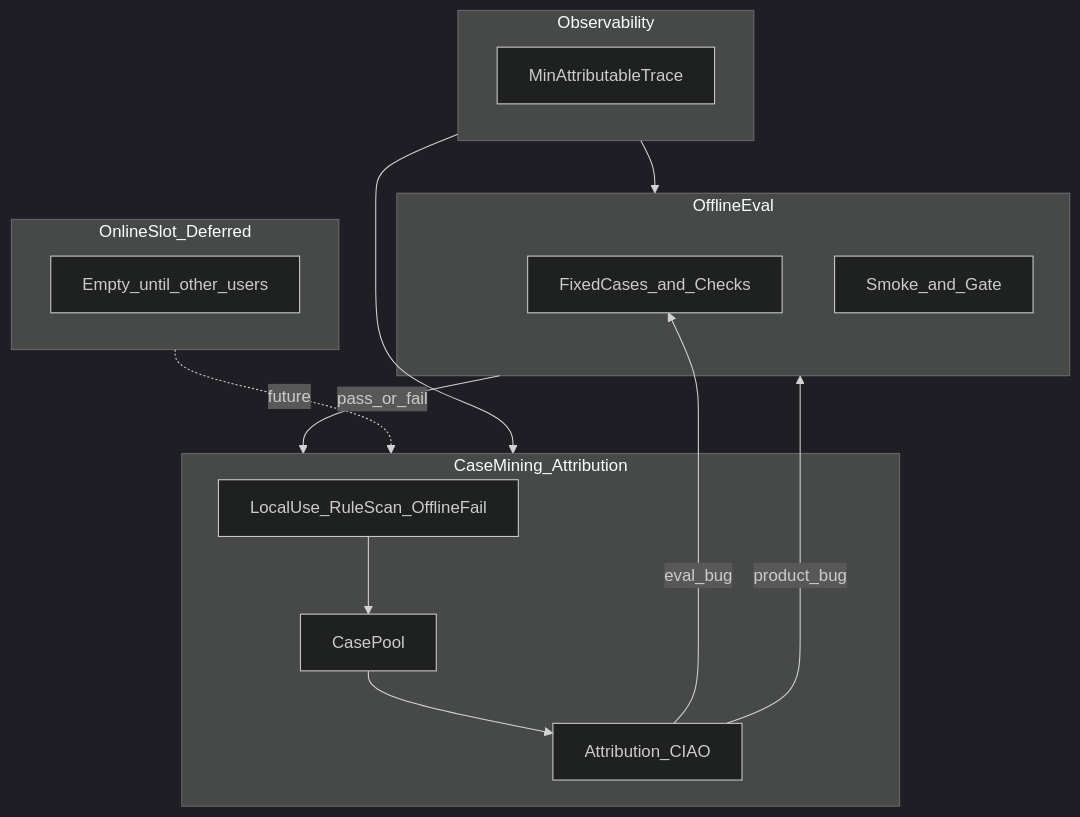
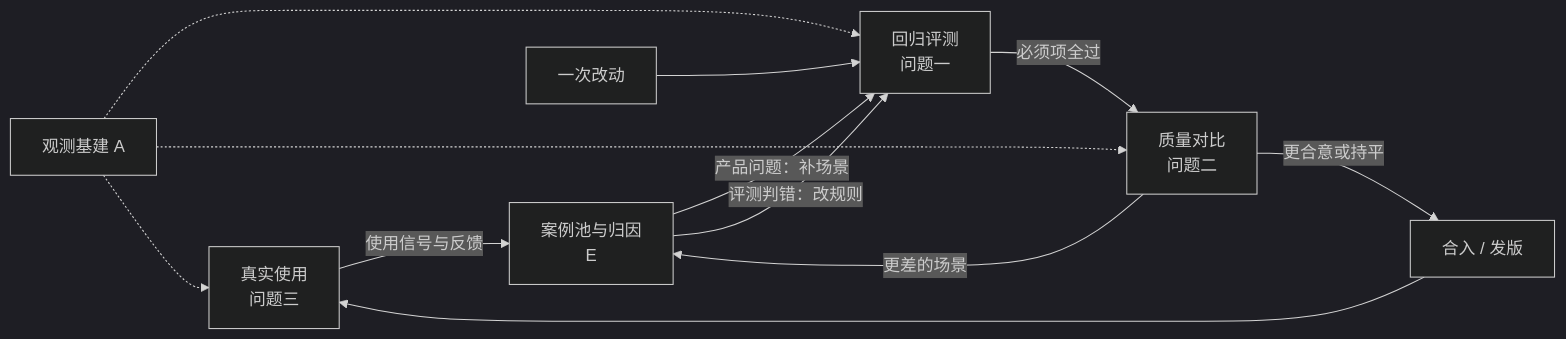
Before and after one commit to plankton12138/ClueLedger: the diagram in dev-notes/evaluation/design.md, drawn with Mermaid (dark theme). The commit also changed other lines of this file and 1 other file, not shown here.

````diff
--- a/dev-notes/evaluation/design.md
+++ b/dev-notes/evaluation/design.md
@@ -18,25 +21,14 @@
 ```mermaid
-flowchart TB
-  subgraph offline [OfflineEval]
-    suite[FixedCases_and_Checks]
-    gate[Smoke_and_Gate]
-  end
-  subgraph online [OnlineSlot_Deferred]
-    empty[Empty_until_other_users]
-  end
-  subgraph mining [CaseMining_Attribution]
-    sources[LocalUse_RuleScan_OfflineFail]
-    pool[CasePool]
-    attr[Attribution_CIAO]
-  end
-  subgraph obs [Observability]
-    trace[MinAttributableTrace]
-  end
-  offline -->|pass_or_fail| mining
-  online -.->|future| mining
-  sources --> pool --> attr
-  attr -->|product_bug| offline
-  attr -->|eval_bug| suite
-  obs --> offline
-  obs --> mining
+flowchart LR
+  use[真实使用<br/>问题三] -->|使用信号与反馈| pool[案例池与归因<br/>E]
+  pool -->|产品问题：补场景| reg[回归评测<br/>问题一]
+  pool -->|评测判错：改规则| reg
+  change[一次改动] --> reg
+  reg -->|必须项全过| cmp[质量对比<br/>问题二]
+  cmp -->|更合意或持平| ship[合入 / 发版]
+  cmp -->|更差的场景| pool
+  ship --> use
+  obs[观测基建 A] -.-> reg
+  obs -.-> cmp
+  obs -.-> use
 ```
````
